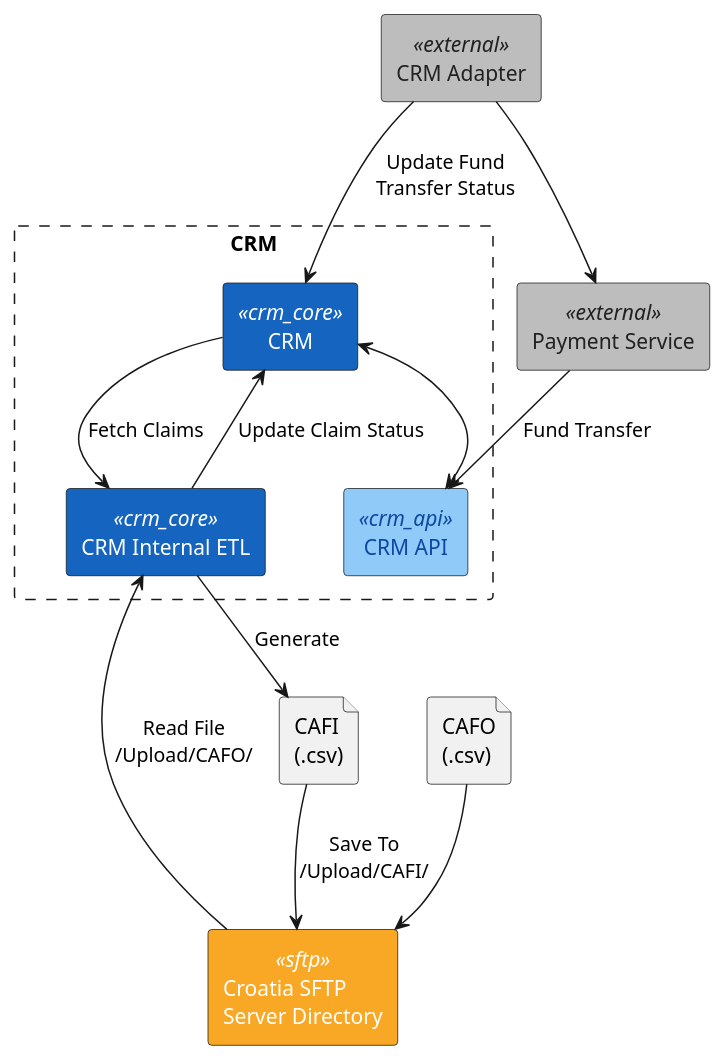
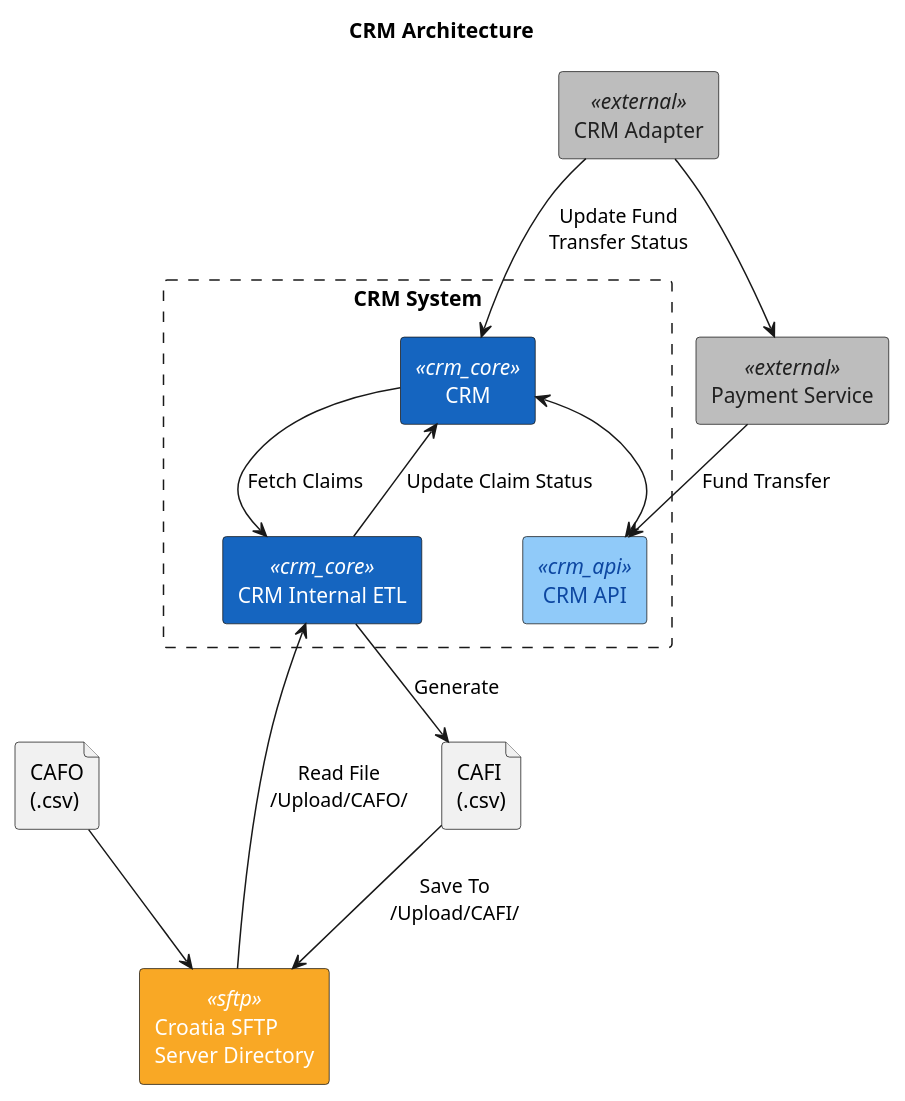
Before and after one commit to AdhamNour/plantuml_learning: the diagram in crm_plantuml.puml, drawn with PlantUML.

Commit message:
Tidy up CRM architecture diagram layout
- Give the diagram a visible title (was only set via @startuml name,
  which never renders) and drop the space from the @startuml id so
  generated file names don't get mangled.
- Rename the outer boundary from "CRM" to "CRM System" so it no longer
  reads as a box literally nested inside an identically-labeled box.
- Reorder the CAFO/CAFI file declarations and widen node/rank spacing
  so the SFTP <-> ETL read/write arrows no longer arc through the file
  icons and cross each other.

```diff
--- a/crm_plantuml.puml
+++ b/crm_plantuml.puml
@@ -1,52 +1,55 @@
-@startuml CRM Architecture
+@startuml CRM_Architecture
+title CRM Architecture
 
 skinparam rectangle {
   BackgroundColor<<crm_core>> #1565C0
   FontColor<<crm_core>> white
   BackgroundColor<<crm_api>> #90CAF9
   FontColor<<crm_api>> #0D47A1
   BackgroundColor<<sftp>> #F9A825
   FontColor<<sftp>> white
   BackgroundColor<<external>> #BDBDBD
   FontColor<<external>> #212121
 }
 
 skinparam defaultFontName Arial
 skinparam shadowing false
+skinparam nodesep 45
+skinparam ranksep 55
 
-rectangle "CRM" as boundary #line.dashed {
+rectangle "CRM System" as boundary #line.dashed {
   rectangle "CRM" as CRM <<crm_core>>
   rectangle "CRM Internal ETL" as ETL <<crm_core>>
   rectangle "CRM API" as API <<crm_api>>
 }
 
+file "CAFO\n(.csv)" as CAFO
+rectangle "Croatia SFTP\nServer Directory" as SFTP <<sftp>>
 file "CAFI\n(.csv)" as CAFI
-rectangle "Croatia SFTP\nServer Directory" as SFTP <<sftp>>
-file "CAFO\n(.csv)" as CAFO
 
 rectangle "CRM Adapter" as Adapter <<external>>
 rectangle "Payment Service" as Payment <<external>>
 
 ' Internal ETL flows
 CRM --> ETL : Fetch Claims
 ETL --> CRM : Update Claim Status
 
 ' CRM <-> API
 CRM <--> API
 
 ' File generation and SFTP
 ETL --> CAFI : Generate
 CAFI --> SFTP : Save To\n/Upload/CAFI/
 
 ' SFTP back to ETL
 SFTP --> ETL : Read File\n/Upload/CAFO/
 
 ' CAFO on SFTP
 CAFO --> SFTP
 
 ' External flows
 Adapter --> CRM : Update Fund\nTransfer Status
 Adapter --> Payment
 Payment --> API : Fund Transfer
 
 @enduml
```
